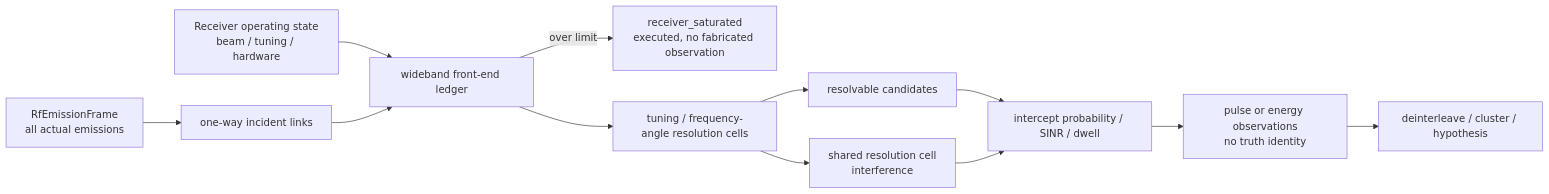
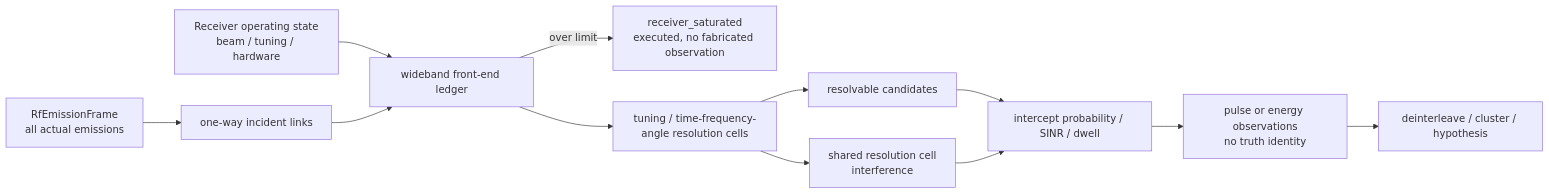
One commit to boilwater-3/1q changed the fifth of 5 diagrams in docs/electronic_surveillance_radar/design.md. Above: the diagram before and after it, drawn with Mermaid. The commit also changed other lines of this file and 2 other files, not shown here.

````diff
--- a/docs/electronic_surveillance_radar/design.md
+++ b/docs/electronic_surveillance_radar/design.md
@@ -206,14 +208,14 @@
 ```mermaid
 flowchart LR
   Scene["RfEmissionFrame\nall actual emissions"] --> Incident["one-way incident links"]
   Rx["Receiver operating state\nbeam / tuning / hardware"] --> Front["wideband front-end ledger"]
   Incident --> Front
   Front -->|over limit| Sat["receiver_saturated\nexecuted, no fabricated observation"]
-  Front --> Chan["tuning / frequency-angle resolution cells"]
+  Front --> Chan["tuning / time-frequency-angle resolution cells"]
   Chan --> Sep["resolvable candidates"]
   Chan --> Mix["shared resolution cell\ninterference"]
   Sep --> Detect["intercept probability / SINR / dwell"]
   Mix --> Detect
   Detect --> Obs["pulse or energy observations\nno truth identity"]
   Obs --> Assoc["deinterleave / cluster / hypothesis"]
 ```
````
